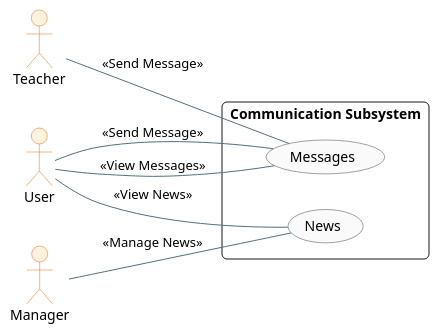
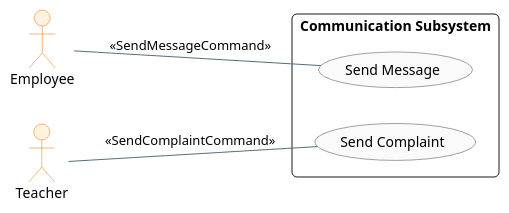
The diagram in PartA/useCaseDiagrams/general.puml (ofeerist/uni-crm-oop), drawn with PlantUML before and after one commit. The commit also changed 8 other files, not shown here.

```diff
--- a/PartA/useCaseDiagrams/general.puml
+++ b/PartA/useCaseDiagrams/general.puml
@@ -1,36 +1,30 @@
 @startuml
 skinparam theme plain
 skinparam packageStyle rectangle
 skinparam roundcorner 10
 skinparam shadowing false
 skinparam defaultFontName "Segoe UI"
 
 skinparam actor {
     BackgroundColor #FFF3E0
     BorderColor #EF6C00
 }
 skinparam usecase {
     BackgroundColor #FAFAFA
     BorderColor #37474F
     ArrowColor #546E7A
 }
 
 left to right direction
 
-actor "User" as U
-actor "Manager" as M
+actor "Employee" as E
 actor "Teacher" as T
 
 rectangle "Communication Subsystem" {
-    usecase "Messages" as Messages
-    usecase "News" as News
+    usecase "Send Message" as SendMsg
+    usecase "Send Complaint" as SendComp
 
-    U -- News : <<View News>>
-    U -- Messages : <<Send Message>>
-    U -- Messages : <<View Messages>>
-
-    M -- News : <<Manage News>>
-
-    T -- Messages : <<Send Message>>
+    E -- SendMsg : <<SendMessageCommand>>
+    T -- SendComp : <<SendComplaintCommand>>
 }
 @enduml
```
